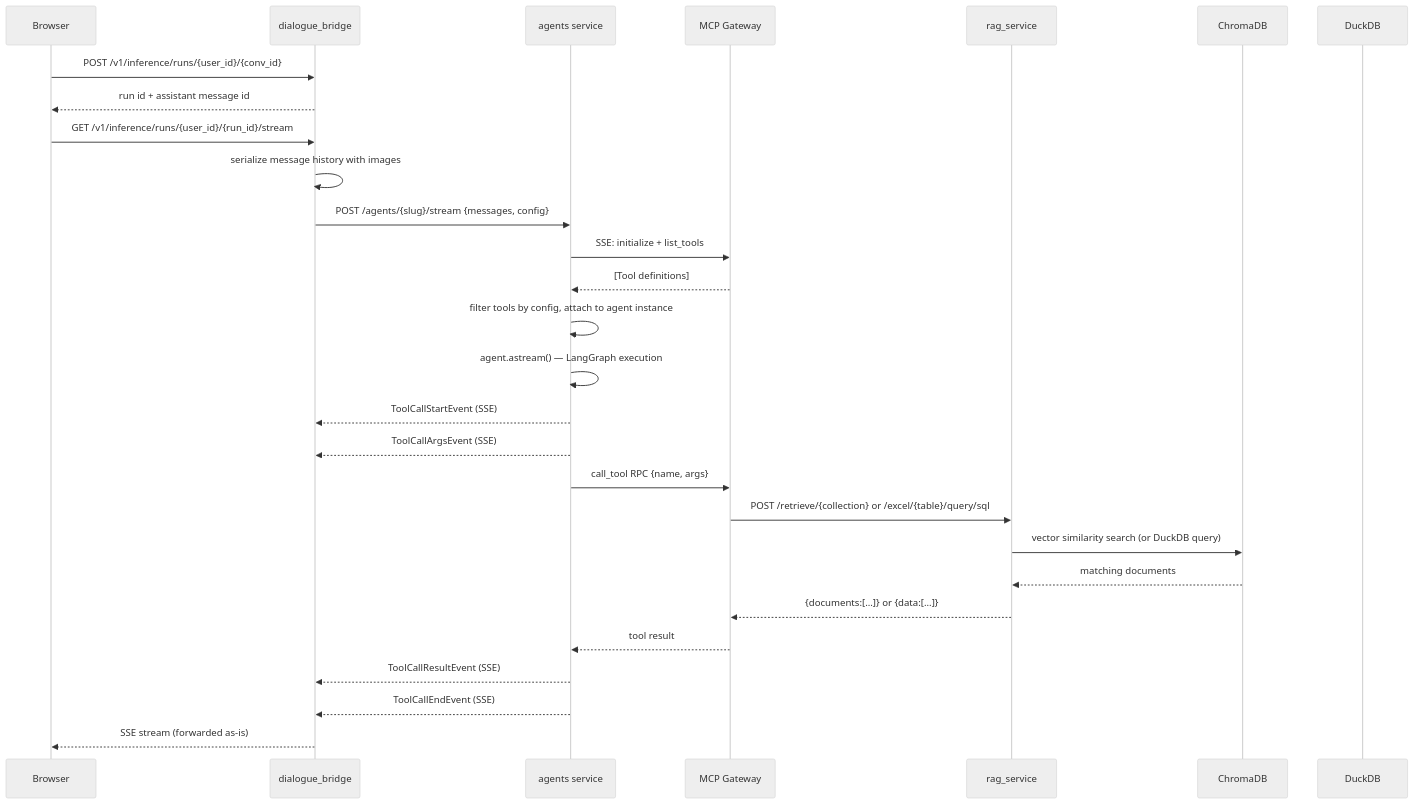
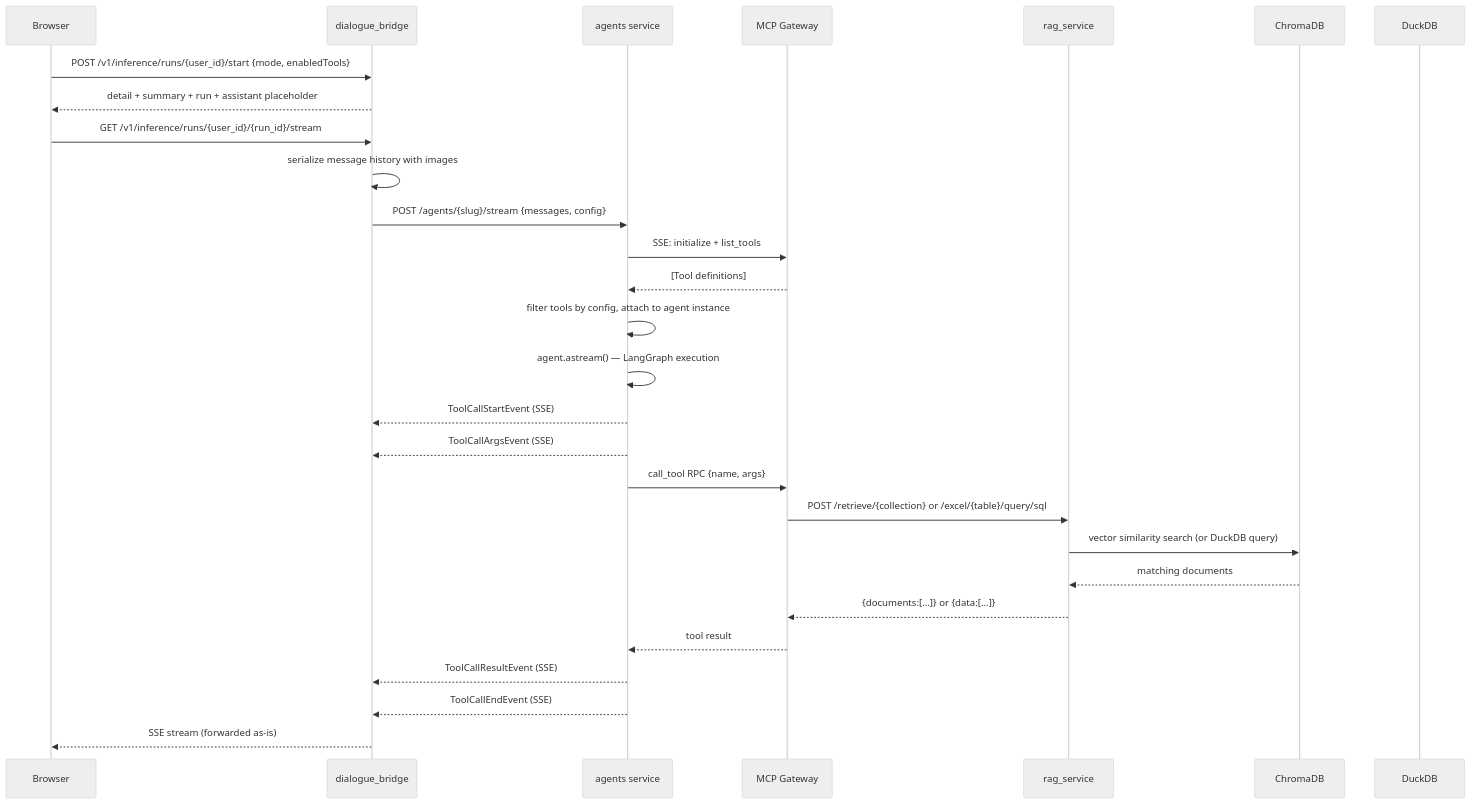
The second of 10 diagrams in docs/development/retrieval-and-tools.md (konstantinosmpouros/mAgenticX), drawn with Mermaid (neutral theme) before and after one commit. The commit also changed other lines of this file and 26 other files, not shown here.

Commit message:
Refactor inference start flow to backend-owned runs

````diff
--- a/docs/development/retrieval-and-tools.md
+++ b/docs/development/retrieval-and-tools.md
@@ -33,35 +33,35 @@
 ```mermaid
 sequenceDiagram
     participant Browser
     participant Bridge as dialogue_bridge
     participant Agents as agents service
     participant MCP as MCP Gateway
     participant RAG as rag_service
     participant Chroma as ChromaDB
     participant Duck as DuckDB
 
-    Browser->>Bridge: POST /v1/inference/runs/{user_id}/{conv_id}
-    Bridge-->>Browser: run id + assistant message id
+    Browser->>Bridge: POST /v1/inference/runs/{user_id}/start {mode, enabledTools}
+    Bridge-->>Browser: detail + summary + run + assistant placeholder
     Browser->>Bridge: GET /v1/inference/runs/{user_id}/{run_id}/stream
     Bridge->>Bridge: serialize message history with images
     Bridge->>Agents: POST /agents/{slug}/stream {messages, config}
 
     Agents->>MCP: SSE: initialize + list_tools
     MCP-->>Agents: [Tool definitions]
     Agents->>Agents: filter tools by config, attach to agent instance
 
     Agents->>Agents: agent.astream() — LangGraph execution
     Agents-->>Bridge: ToolCallStartEvent (SSE)
     Agents-->>Bridge: ToolCallArgsEvent (SSE)
 
     Agents->>MCP: call_tool RPC {name, args}
     MCP->>RAG: POST /retrieve/{collection} or /excel/{table}/query/sql
     RAG->>Chroma: vector similarity search (or DuckDB query)
     Chroma-->>RAG: matching documents
     RAG-->>MCP: {documents:[...]} or {data:[...]}
     MCP-->>Agents: tool result
 
     Agents-->>Bridge: ToolCallResultEvent (SSE)
     Agents-->>Bridge: ToolCallEndEvent (SSE)
     Bridge-->>Browser: SSE stream (forwarded as-is)
 ```
````
